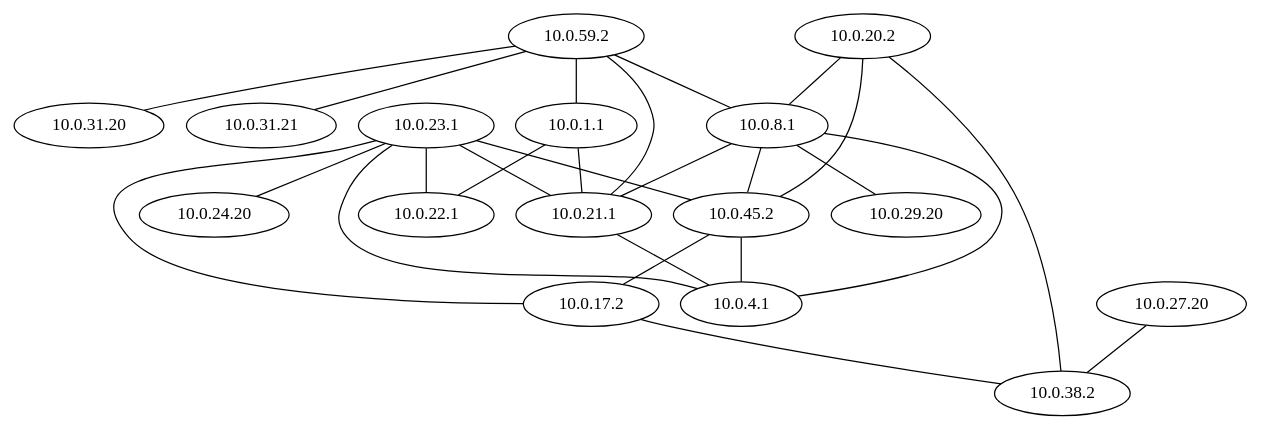
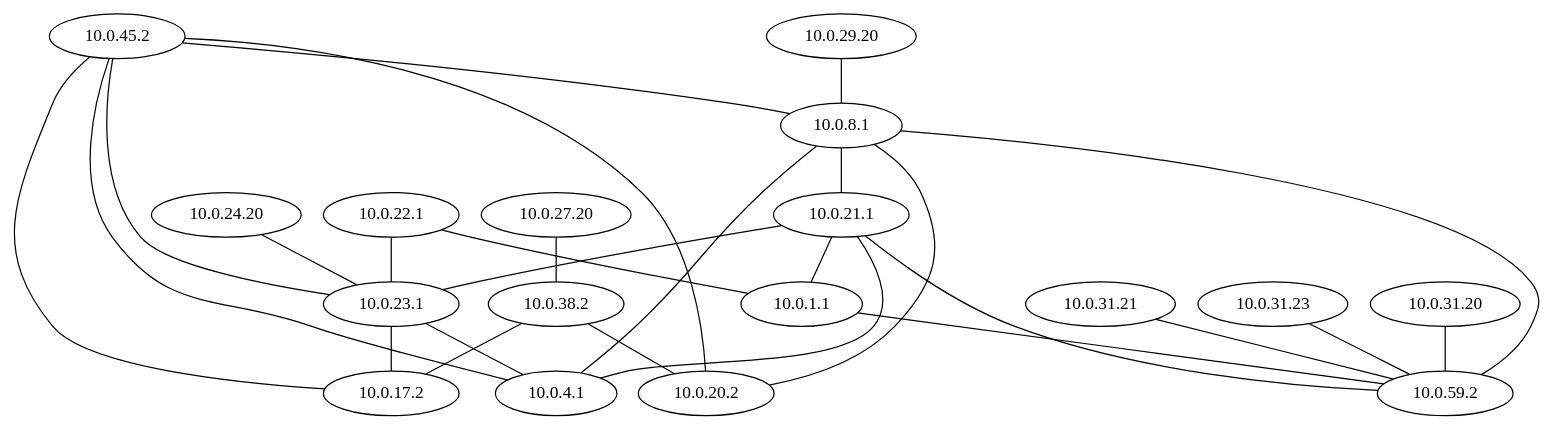
The diagram in graph.dot (eivarin/ESR), drawn with Graphviz before and after one commit. The commit also changed 23 other files, not shown here.

```diff
--- a/graph.dot
+++ b/graph.dot
@@ -1,136 +1,142 @@
 strict graph {
 
 
-	"10.0.59.2" [  weight=0 ];
+	"10.0.29.20" [  weight=0 ];
 
-	"10.0.59.2" -- "10.0.1.1" [  weight=25628 ];
+	"10.0.29.20" -- "10.0.8.1" [  weight=101007 ];
 
-	"10.0.59.2" -- "10.0.31.20" [  weight=41426 ];
+	"10.0.45.2" [  weight=0 ];
 
-	"10.0.59.2" -- "10.0.31.21" [  weight=46046 ];
+	"10.0.45.2" -- "10.0.8.1" [  weight=27852 ];
 
-	"10.0.59.2" -- "10.0.21.1" [  weight=27091 ];
+	"10.0.45.2" -- "10.0.4.1" [  weight=41467 ];
 
-	"10.0.59.2" -- "10.0.8.1" [  weight=78345 ];
+	"10.0.45.2" -- "10.0.23.1" [  weight=132276 ];
+
+	"10.0.45.2" -- "10.0.20.2" [  weight=21470 ];
+
+	"10.0.45.2" -- "10.0.17.2" [  weight=35586 ];
+
+	"10.0.8.1" [  weight=0 ];
+
+	"10.0.8.1" -- "10.0.21.1" [  weight=33923 ];
+
+	"10.0.8.1" -- "10.0.4.1" [  weight=36047 ];
+
+	"10.0.8.1" -- "10.0.45.2" [  weight=27852 ];
+
+	"10.0.8.1" -- "10.0.59.2" [  weight=52017 ];
+
+	"10.0.8.1" -- "10.0.20.2" [  weight=36147 ];
+
+	"10.0.8.1" -- "10.0.29.20" [  weight=101007 ];
+
+	"10.0.27.20" [  weight=0 ];
+
+	"10.0.27.20" -- "10.0.38.2" [  weight=20119240 ];
+
+	"10.0.22.1" [  weight=0 ];
+
+	"10.0.22.1" -- "10.0.23.1" [  weight=45124 ];
+
+	"10.0.22.1" -- "10.0.1.1" [  weight=46196 ];
+
+	"10.0.31.21" [  weight=0 ];
+
+	"10.0.31.21" -- "10.0.59.2" [  weight=47548 ];
+
+	"10.0.24.20" [  weight=0 ];
+
+	"10.0.24.20" -- "10.0.23.1" [  weight=32160 ];
+
+	"10.0.31.23" [  weight=0 ];
+
+	"10.0.31.23" -- "10.0.59.2" [  weight=53299 ];
+
+	"10.0.21.1" [  weight=0 ];
+
+	"10.0.21.1" -- "10.0.23.1" [  weight=31669 ];
+
+	"10.0.21.1" -- "10.0.1.1" [  weight=23624 ];
+
+	"10.0.21.1" -- "10.0.59.2" [  weight=31138 ];
+
+	"10.0.21.1" -- "10.0.4.1" [  weight=47699 ];
+
+	"10.0.21.1" -- "10.0.8.1" [  weight=33923 ];
+
+	"10.0.23.1" [  weight=0 ];
+
+	"10.0.23.1" -- "10.0.45.2" [  weight=132276 ];
+
+	"10.0.23.1" -- "10.0.4.1" [  weight=31558 ];
+
+	"10.0.23.1" -- "10.0.22.1" [  weight=45124 ];
+
+	"10.0.23.1" -- "10.0.17.2" [  weight=140982 ];
+
+	"10.0.23.1" -- "10.0.24.20" [  weight=32160 ];
+
+	"10.0.23.1" -- "10.0.21.1" [  weight=31669 ];
+
+	"10.0.31.20" [  weight=0 ];
+
+	"10.0.31.20" -- "10.0.59.2" [  weight=146072 ];
+
+	"10.0.38.2" [  weight=0 ];
+
+	"10.0.38.2" -- "10.0.20.2" [  weight=42019 ];
+
+	"10.0.38.2" -- "10.0.17.2" [  weight=112289 ];
+
+	"10.0.38.2" -- "10.0.27.20" [  weight=20119240 ];
+
+	"10.0.17.2" [  weight=0 ];
+
+	"10.0.17.2" -- "10.0.45.2" [  weight=35586 ];
+
+	"10.0.17.2" -- "10.0.23.1" [  weight=140982 ];
+
+	"10.0.17.2" -- "10.0.38.2" [  weight=112289 ];
+
+	"10.0.4.1" [  weight=0 ];
+
+	"10.0.4.1" -- "10.0.8.1" [  weight=36047 ];
+
+	"10.0.4.1" -- "10.0.45.2" [  weight=41467 ];
+
+	"10.0.4.1" -- "10.0.23.1" [  weight=31558 ];
+
+	"10.0.4.1" -- "10.0.21.1" [  weight=47699 ];
 
 	"10.0.20.2" [  weight=0 ];
 
-	"10.0.20.2" -- "10.0.45.2" [  weight=25979 ];
+	"10.0.20.2" -- "10.0.8.1" [  weight=36147 ];
 
-	"10.0.20.2" -- "10.0.38.2" [  weight=28793 ];
+	"10.0.20.2" -- "10.0.45.2" [  weight=21470 ];
 
-	"10.0.20.2" -- "10.0.8.1" [  weight=33993 ];
-
-	"10.0.8.1" [  weight=0 ];
-
-	"10.0.8.1" -- "10.0.21.1" [  weight=29545 ];
-
-	"10.0.8.1" -- "10.0.4.1" [  weight=32140 ];
-
-	"10.0.8.1" -- "10.0.45.2" [  weight=35827 ];
-
-	"10.0.8.1" -- "10.0.59.2" [  weight=78345 ];
-
-	"10.0.8.1" -- "10.0.20.2" [  weight=33993 ];
-
-	"10.0.8.1" -- "10.0.29.20" [  weight=63648 ];
-
-	"10.0.29.20" [  weight=0 ];
-
-	"10.0.29.20" -- "10.0.8.1" [  weight=63648 ];
-
-	"10.0.23.1" [  weight=0 ];
-
-	"10.0.23.1" -- "10.0.22.1" [  weight=182860 ];
-
-	"10.0.23.1" -- "10.0.17.2" [  weight=31648 ];
-
-	"10.0.23.1" -- "10.0.24.20" [  weight=38001 ];
-
-	"10.0.23.1" -- "10.0.21.1" [  weight=44293 ];
-
-	"10.0.23.1" -- "10.0.45.2" [  weight=34274 ];
-
-	"10.0.23.1" -- "10.0.4.1" [  weight=54952 ];
+	"10.0.20.2" -- "10.0.38.2" [  weight=42019 ];
 
 	"10.0.1.1" [  weight=0 ];
 
-	"10.0.1.1" -- "10.0.22.1" [  weight=21119 ];
+	"10.0.1.1" -- "10.0.21.1" [  weight=23624 ];
 
-	"10.0.1.1" -- "10.0.59.2" [  weight=25628 ];
+	"10.0.1.1" -- "10.0.22.1" [  weight=46196 ];
 
-	"10.0.1.1" -- "10.0.21.1" [  weight=23664 ];
+	"10.0.1.1" -- "10.0.59.2" [  weight=29384 ];
 
-	"10.0.21.1" [  weight=0 ];
+	"10.0.59.2" [  weight=0 ];
 
-	"10.0.21.1" -- "10.0.23.1" [  weight=44293 ];
+	"10.0.59.2" -- "10.0.21.1" [  weight=31138 ];
 
-	"10.0.21.1" -- "10.0.1.1" [  weight=23664 ];
+	"10.0.59.2" -- "10.0.8.1" [  weight=52017 ];
 
-	"10.0.21.1" -- "10.0.59.2" [  weight=27091 ];
+	"10.0.59.2" -- "10.0.1.1" [  weight=29384 ];
 
-	"10.0.21.1" -- "10.0.4.1" [  weight=64479 ];
+	"10.0.59.2" -- "10.0.31.20" [  weight=146072 ];
 
-	"10.0.21.1" -- "10.0.8.1" [  weight=29545 ];
+	"10.0.59.2" -- "10.0.31.21" [  weight=47548 ];
 
-	"10.0.22.1" [  weight=0 ];
-
-	"10.0.22.1" -- "10.0.23.1" [  weight=182860 ];
-
-	"10.0.22.1" -- "10.0.1.1" [  weight=21119 ];
-
-	"10.0.24.20" [  weight=0 ];
-
-	"10.0.24.20" -- "10.0.23.1" [  weight=38001 ];
-
-	"10.0.45.2" [  weight=0 ];
-
-	"10.0.45.2" -- "10.0.20.2" [  weight=25979 ];
-
-	"10.0.45.2" -- "10.0.17.2" [  weight=39203 ];
-
-	"10.0.45.2" -- "10.0.8.1" [  weight=35827 ];
-
-	"10.0.45.2" -- "10.0.4.1" [  weight=81692 ];
-
-	"10.0.45.2" -- "10.0.23.1" [  weight=34274 ];
-
-	"10.0.4.1" [  weight=0 ];
-
-	"10.0.4.1" -- "10.0.21.1" [  weight=64479 ];
-
-	"10.0.4.1" -- "10.0.8.1" [  weight=32140 ];
-
-	"10.0.4.1" -- "10.0.45.2" [  weight=81692 ];
-
-	"10.0.4.1" -- "10.0.23.1" [  weight=54952 ];
-
-	"10.0.27.20" [  weight=0 ];
-
-	"10.0.27.20" -- "10.0.38.2" [  weight=30958 ];
-
-	"10.0.17.2" [  weight=0 ];
-
-	"10.0.17.2" -- "10.0.45.2" [  weight=39203 ];
-
-	"10.0.17.2" -- "10.0.23.1" [  weight=31648 ];
-
-	"10.0.17.2" -- "10.0.38.2" [  weight=26560 ];
-
-	"10.0.31.20" [  weight=0 ];
-
-	"10.0.31.20" -- "10.0.59.2" [  weight=41426 ];
-
-	"10.0.31.21" [  weight=0 ];
-
-	"10.0.31.21" -- "10.0.59.2" [  weight=46046 ];
-
-	"10.0.38.2" [  weight=0 ];
-
-	"10.0.38.2" -- "10.0.27.20" [  weight=30958 ];
-
-	"10.0.38.2" -- "10.0.20.2" [  weight=28793 ];
-
-	"10.0.38.2" -- "10.0.17.2" [  weight=26560 ];
+	"10.0.59.2" -- "10.0.31.23" [  weight=53299 ];
 
 }
```
